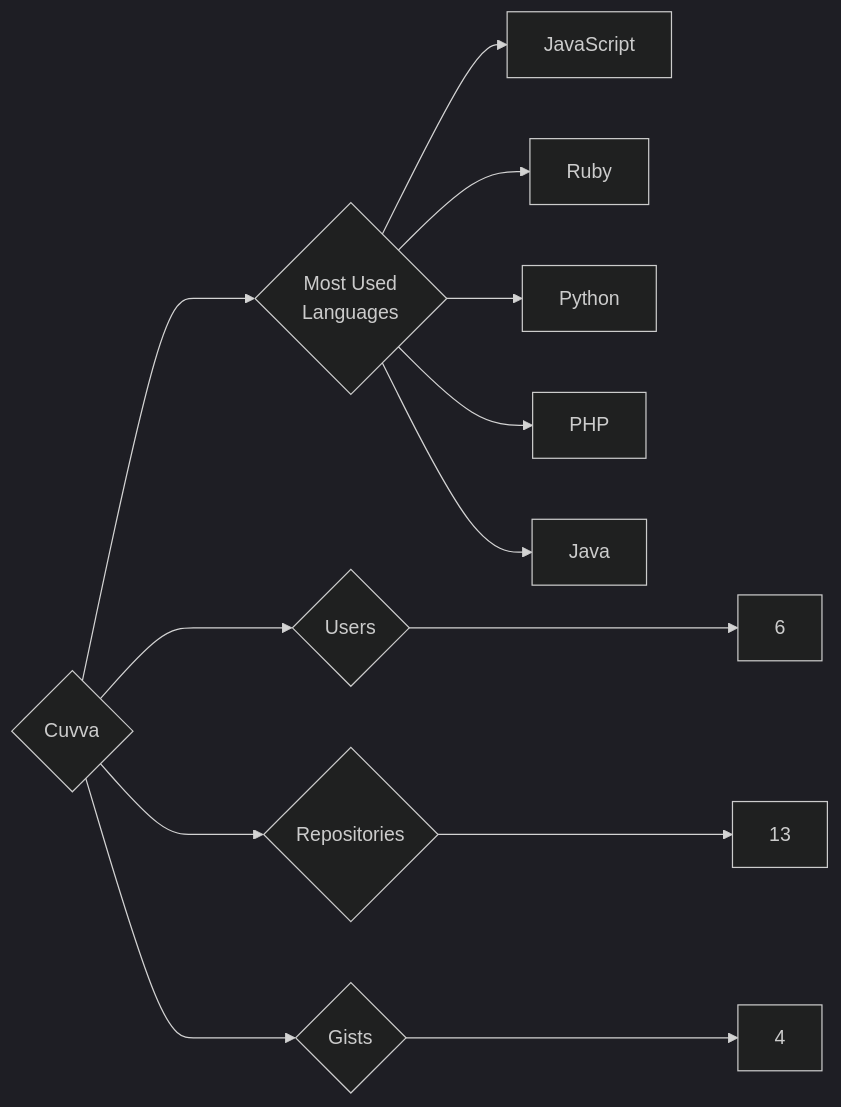
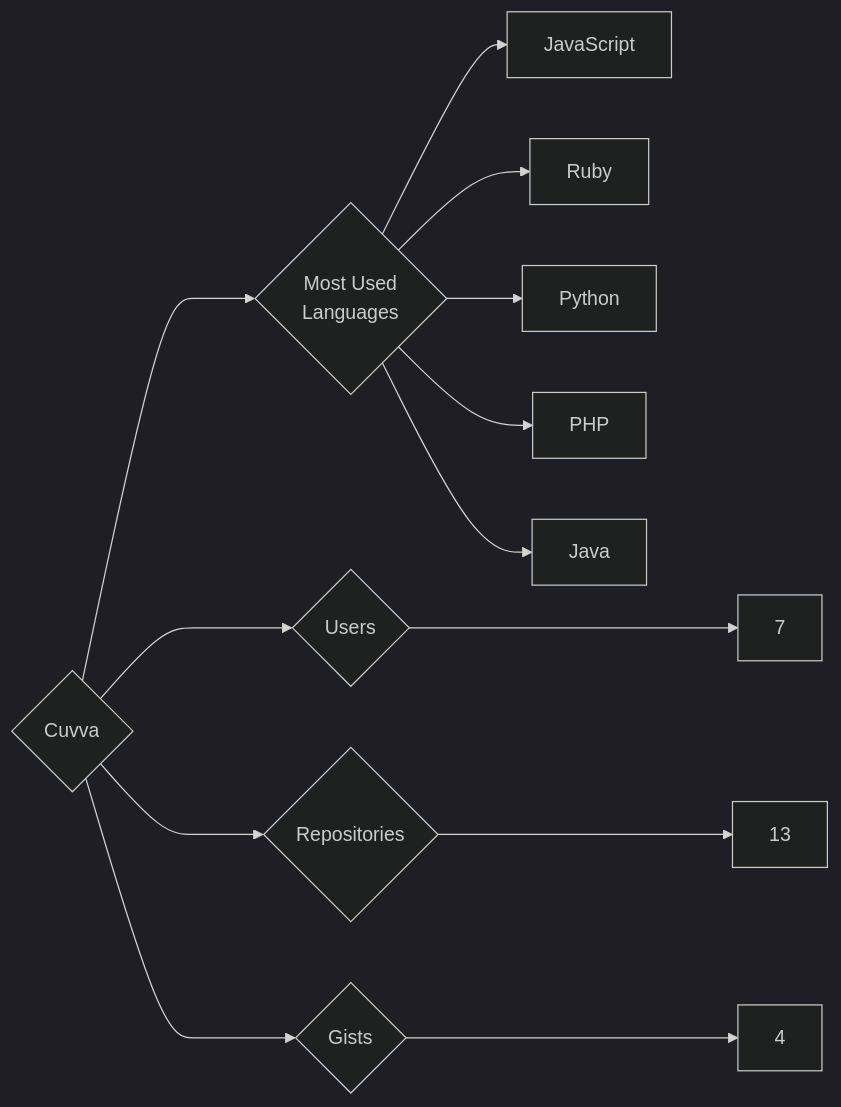
One commit to trickest/insiders changed the diagram in targets/Cuvva/README.md. Above: the diagram before and after it, drawn with Mermaid (dark theme). The commit also changed 938 other files, not shown here.

````diff
--- a/targets/Cuvva/README.md
+++ b/targets/Cuvva/README.md
@@ -3,13 +3,13 @@
 ```mermaid
 graph LR
 COMPANY_NAME{Cuvva}
-COMPANY_NAME ---> U{Users} ---> UN[6]
+COMPANY_NAME ---> U{Users} ---> UN[7]
 COMPANY_NAME ---> R{Repositories} ---> RN[13]
 COMPANY_NAME ---> G{Gists} ---> GN[4]
 COMPANY_NAME ---> ML{Most Used<br>Languages}
 ML --> JavaScript[JavaScript]
 ML --> Ruby[Ruby]
 ML --> Python[Python]
 ML --> PHP[PHP]
 ML --> Java[Java]
 ```
````
